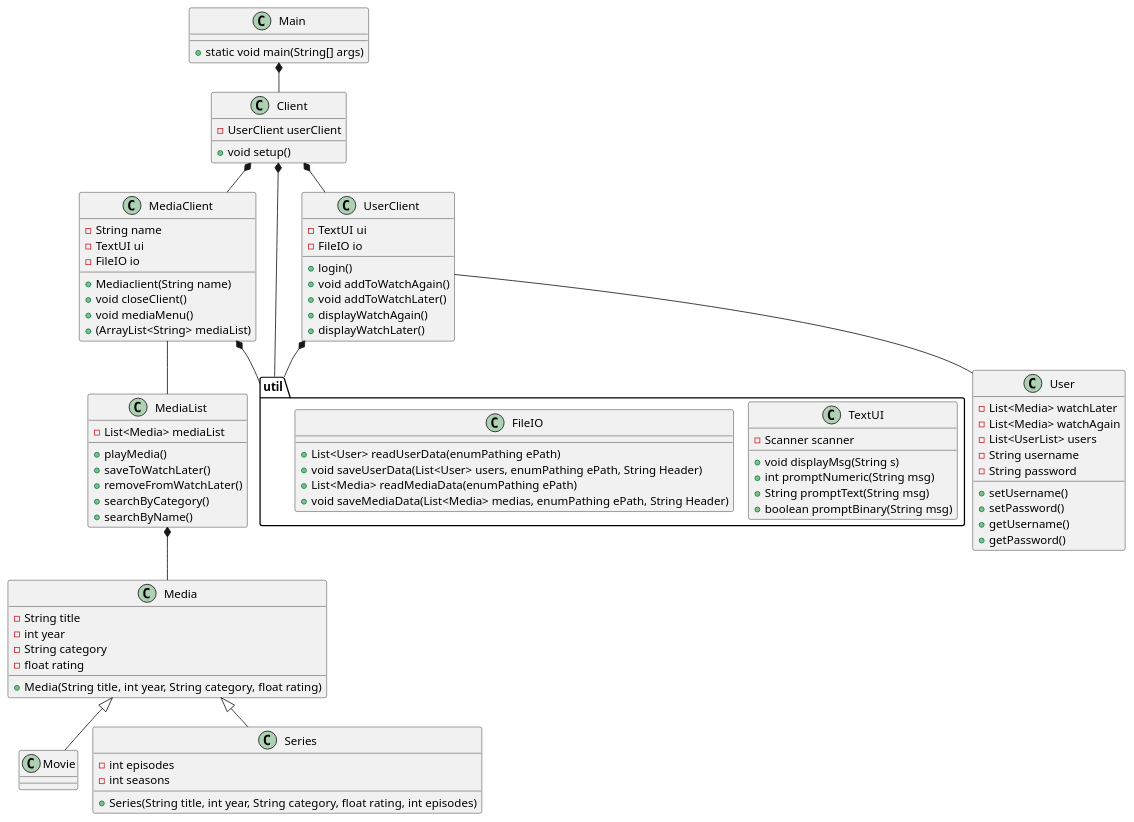
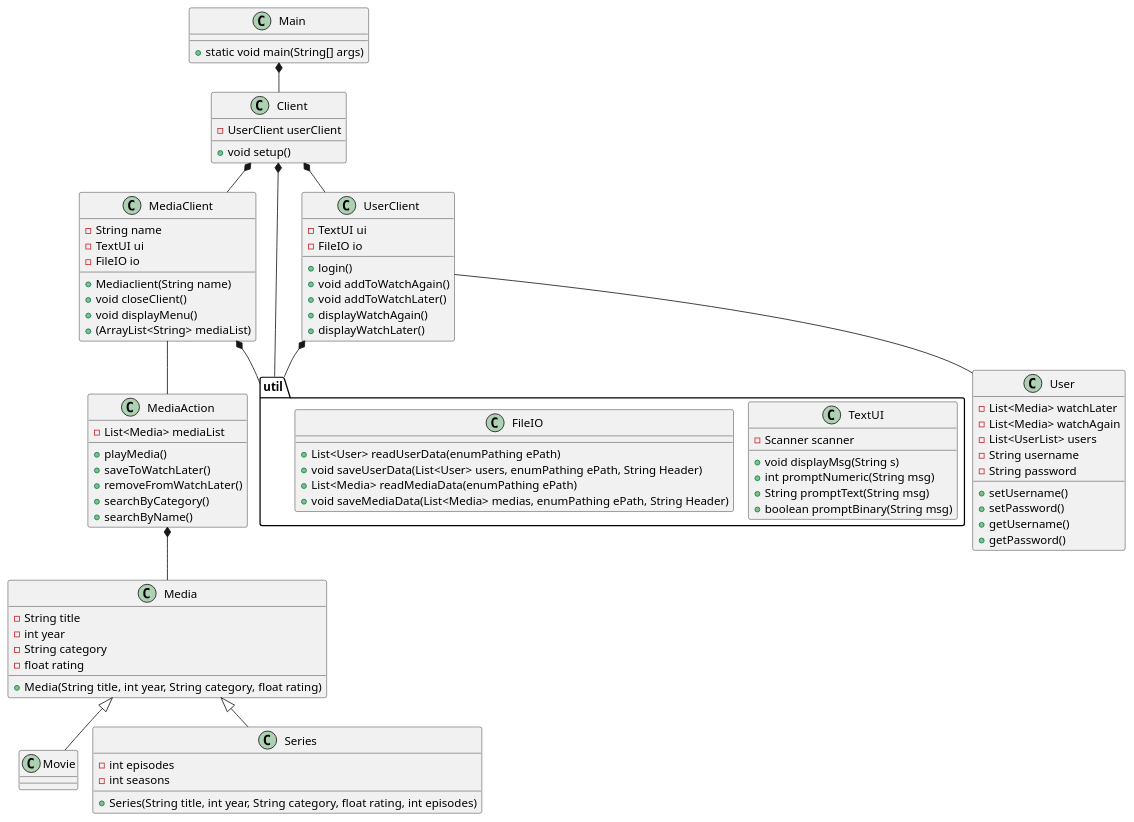
Before and after one commit to b-rino/SP3: the diagram in docs/classdiagram_v0.puml, drawn with PlantUML. The commit also changed 1 other file, not shown here.

```diff
--- a/docs/classdiagram_v0.puml
+++ b/docs/classdiagram_v0.puml
@@ -1,105 +1,105 @@
 @startuml
 !pragma layout smetana
 
 class Main{
 + static void main(String[] args)
 }
 
 class Client{
 -UserClient userClient
 +void setup()
 }
 
 class Media{
 - String title
 - int year
 - String category
 - float rating
 +Media(String title, int year, String category, float rating)
 
 }
 
 class MediaClient{
 -String name
 -TextUI ui
 -FileIO io
 +Mediaclient(String name)
 +void closeClient()
-+void mediaMenu()
++void displayMenu()
 +(ArrayList<String> mediaList)
 
 }
-class MediaList{
+class MediaAction{
 -List<Media> mediaList
 +playMedia()
 +saveToWatchLater()
 +removeFromWatchLater()
 +searchByCategory()
 +searchByName()
 }
 
 class User{
 -List<Media> watchLater
 -List<Media> watchAgain
 -List<UserList> users
 -String username
 -String password
 +setUsername()
 +setPassword()
 +getUsername()
 +getPassword()
 }
 
 
 class Movie{
 }
 
 class Series{
 - int episodes
 - int seasons
 +Series(String title, int year, String category, float rating, int episodes)
 }
 
 
 class UserClient{
 -TextUI ui
 -FileIO io
 '+createUser() en del af login
 +login()
 +void addToWatchAgain()
 +void addToWatchLater()
 +displayWatchAgain()
 +displayWatchLater()
 }
 
 
 package "util" {
 class TextUI{
 - Scanner scanner
 
 +void displayMsg(String s)
 +int promptNumeric(String msg)
 +String promptText(String msg)
 +boolean promptBinary(String msg)
 }
 class FileIO{
 +List<User> readUserData(enumPathing ePath)
 +void saveUserData(List<User> users, enumPathing ePath, String Header)
 +List<Media> readMediaData(enumPathing ePath)
 +void saveMediaData(List<Media> medias, enumPathing ePath, String Header)
 }
 }
 
-MediaList *-- Media
+MediaAction *-- Media
 Media<|--Series
 Media <|-- Movie
 Client *-- MediaClient
 MediaClient *-- "util"
-MediaClient -- MediaList
+MediaClient -- MediaAction
 Client *-- UserClient
 UserClient -- User
 UserClient *--"util"
 Main *-- Client
 Client *-- "util"
 
 @enduml
```
